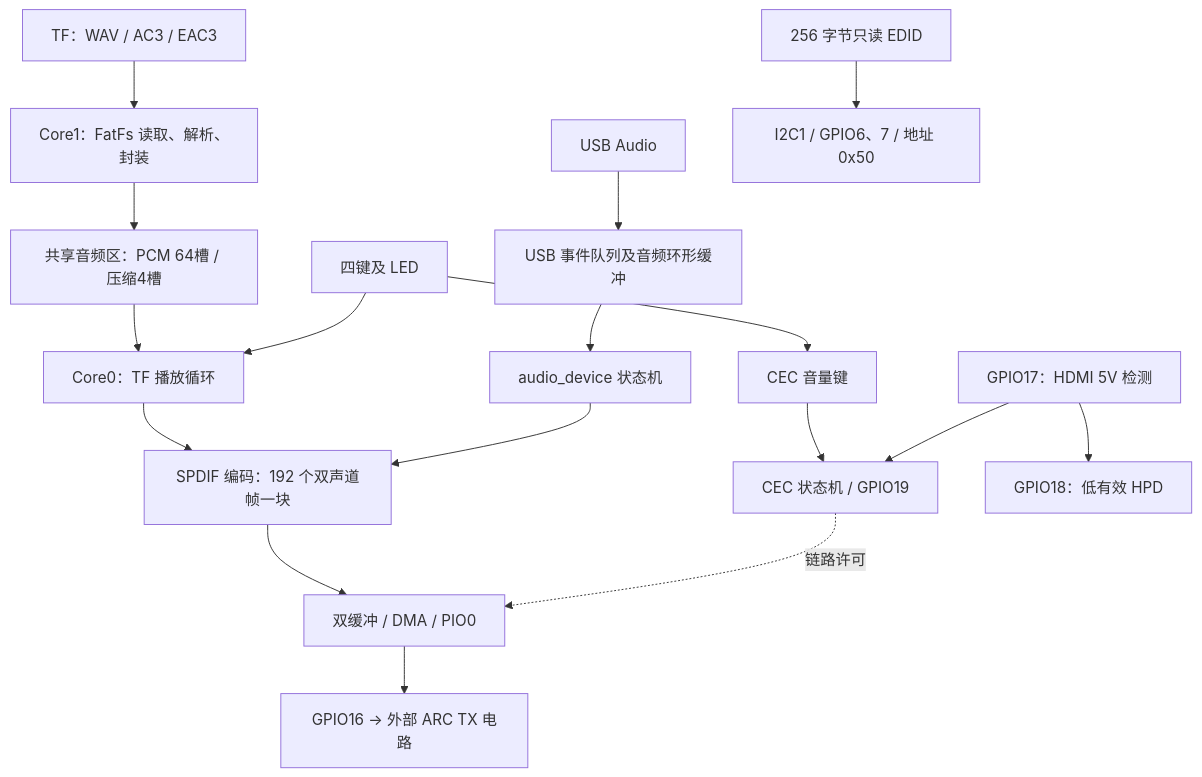
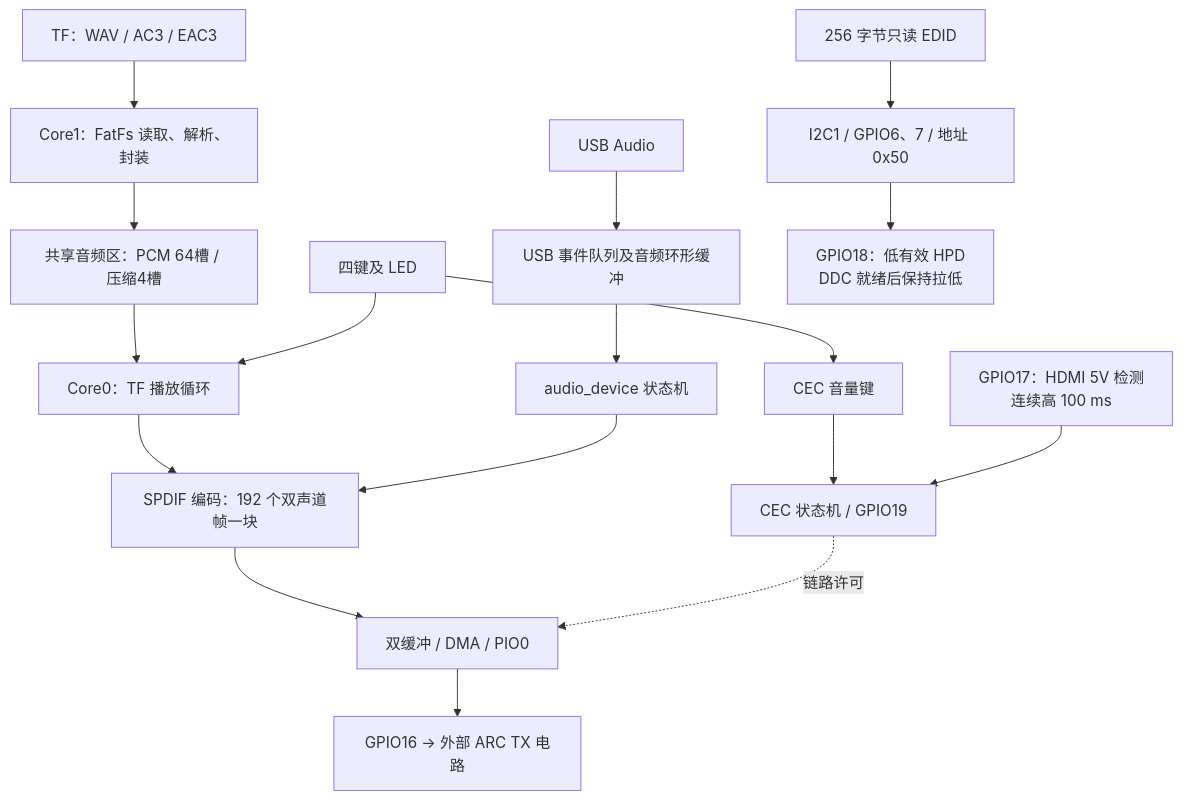
Before and after one commit to Leihognlun/pico-dac2: the first of 5 diagrams in docs/PROGRAM_LOGIC.md, drawn with Mermaid. The commit also changed other lines of this file and 15 other files, not shown here.

````diff
--- a/docs/PROGRAM_LOGIC.md
+++ b/docs/PROGRAM_LOGIC.md
@@ -15,19 +15,19 @@
 ```mermaid
 flowchart TB
     TF[TF：WAV / AC3 / EAC3] --> C1[Core1：FatFs 读取、解析、封装]
     C1 --> Q[共享音频区：PCM 64槽 / 压缩4槽]
     Q --> C0[Core0：TF 播放循环]
     KEYS[四键及 LED] --> C0
     KEYS --> VOL[CEC 音量键]
     USB[USB Audio] --> RB[USB 事件队列及音频环形缓冲]
     RB --> AUDIO[audio_device 状态机]
     C0 --> SPDIF[SPDIF 编码：192 个双声道帧一块]
     AUDIO --> SPDIF
     SPDIF --> DMA[双缓冲 / DMA / PIO0]
     DMA --> ARC[GPIO16 → 外部 ARC TX 电路]
     VOL --> CEC[CEC 状态机 / GPIO19]
     CEC -.->|链路许可| DMA
-    DET[GPIO17：HDMI 5V 检测] --> CEC
-    DET --> HPD[GPIO18：低有效 HPD]
+    DET[GPIO17：HDMI 5V 检测<br/>连续高 100 ms] --> CEC
     EDID[256 字节只读 EDID] --> DDC[I2C1 / GPIO6、7 / 地址 0x50]
+    DDC --> HPD[GPIO18：低有效 HPD<br/>DDC 就绪后保持拉低]
 ```
````
